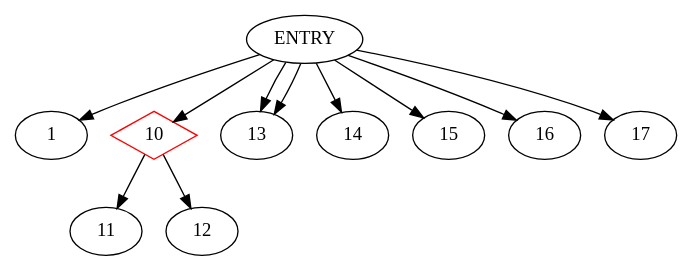
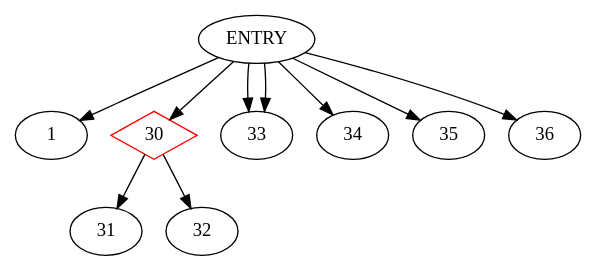
One commit to akshitij/TestgenRepo changed the diagram in Testgen/Testgen_Sonam/Testgen/CDG.dot. Above: the diagram before and after it, drawn with Graphviz. The commit also changed 35 other files, not shown here.

```diff
--- a/Testgen/Testgen_Sonam/Testgen/CDG.dot
+++ b/Testgen/Testgen_Sonam/Testgen/CDG.dot
@@ -1,13 +1,12 @@
 digraph CDG {
 ENTRY -> 1
-10 [shape=diamond, color=red]
-ENTRY -> 10
-10-> 11
-10-> 12
-ENTRY -> 13
-ENTRY -> 13
-ENTRY -> 14
-ENTRY -> 15
-ENTRY -> 16
-ENTRY -> 17
+30 [shape=diamond, color=red]
+ENTRY -> 30
+30-> 31
+30-> 32
+ENTRY -> 33
+ENTRY -> 33
+ENTRY -> 34
+ENTRY -> 35
+ENTRY -> 36
 }
```
